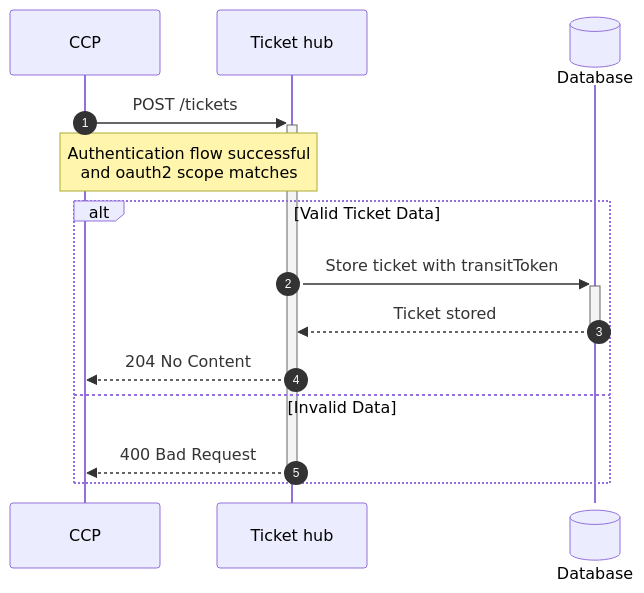
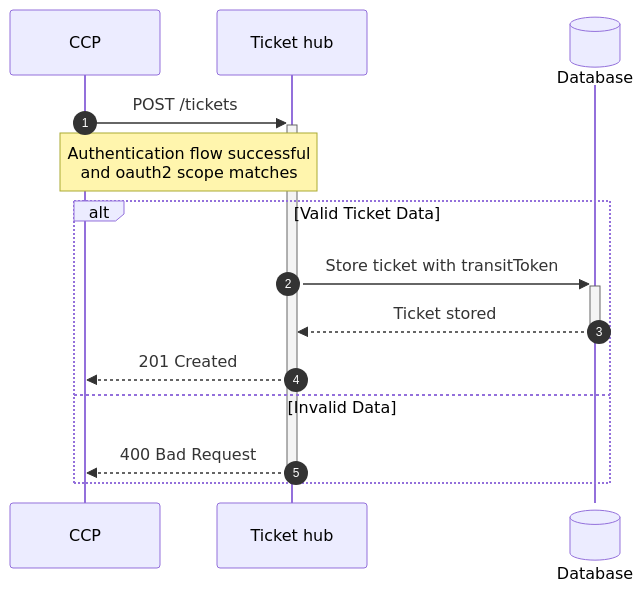
One commit to HUSST-de/ABT-Ticketspeicher-Schnittstelle changed the first of 5 diagrams in UseCases.md. Above: the diagram before and after it, drawn with Mermaid. The commit also changed 4 other files, not shown here.

````diff
--- a/UseCases.md
+++ b/UseCases.md
@@ -35,18 +35,18 @@
 ```mermaid
 sequenceDiagram
     autonumber
     participant Client as CCP
     participant Tickethub as Ticket hub
     participant Database@{"type":"database"}
 
     Client->>+Tickethub: POST /tickets
     note over Client,Tickethub: Authentication flow successful<br>and oauth2 scope matches
 
     alt Valid Ticket Data
         Tickethub->>+Database: Store ticket with transitToken
         Database-->>-Tickethub: Ticket stored
-        Tickethub-->>Client: 204 No Content
+        Tickethub-->>Client: 201 Created
     else Invalid Data
         Tickethub-->>-Client: 400 Bad Request
     end
 ```
````
